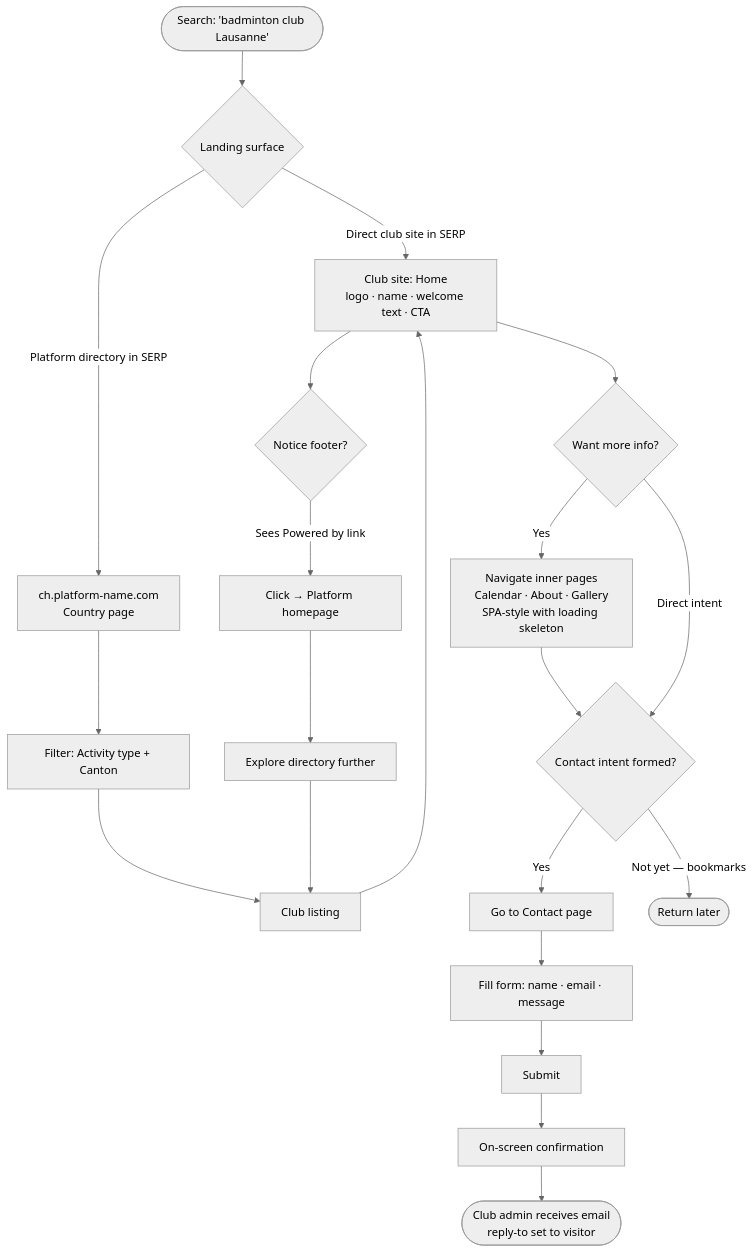
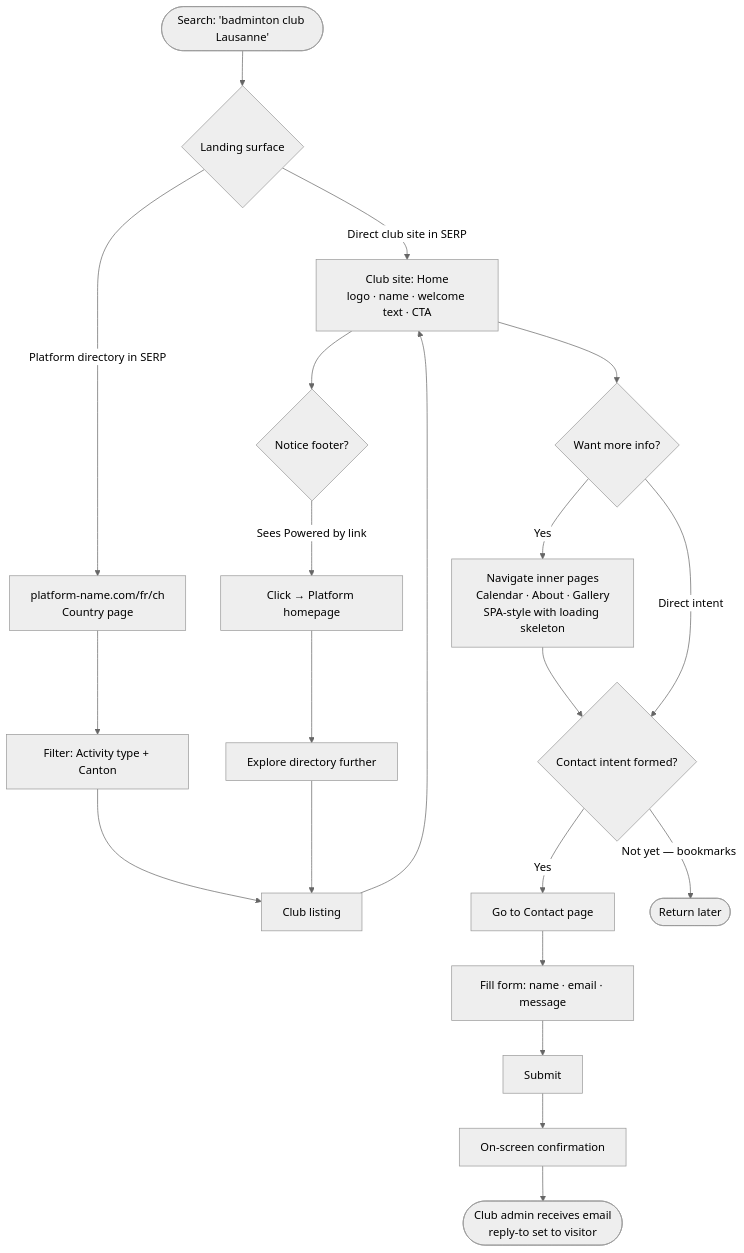
Before and after one commit to bastienfaivre/findyour.club: the third of 5 diagrams in _bmad-output/planning-artifacts/ux-design-specification.md, drawn with Mermaid (neutral theme). The commit also changed other lines of this file and 98 other files, not shown here.

````diff
--- a/_bmad-output/planning-artifacts/ux-design-specification.md
+++ b/_bmad-output/planning-artifacts/ux-design-specification.md
@@ -500,23 +500,23 @@
 ```mermaid
 flowchart TD
     A([Search: 'badminton club Lausanne']) --> B{Landing surface}
     B -->|Direct club site in SERP| C[Club site: Home\nlogo · name · welcome text · CTA]
-    B -->|Platform directory in SERP| D[ch.platform-name.com\nCountry page]
+    B -->|Platform directory in SERP| D[platform-name.com/fr/ch\nCountry page]
     D --> E[Filter: Activity type + Canton]
     E --> F[Club listing]
     F --> C
     C --> G{Want more info?}
     G -->|Yes| H[Navigate inner pages\nCalendar · About · Gallery\nSPA-style with loading skeleton]
     H --> I{Contact intent formed?}
     G -->|Direct intent| I
     I -->|Yes| J[Go to Contact page]
     J --> K[Fill form: name · email · message]
     K --> L[Submit]
     L --> M[On-screen confirmation]
     M --> N([Club admin receives email\nreply-to set to visitor])
     I -->|Not yet — bookmarks| O([Return later])
     C --> P{Notice footer?}
     P -->|Sees Powered by link| Q[Click → Platform homepage]
     Q --> R[Explore directory further]
     R --> F
 ```
````
